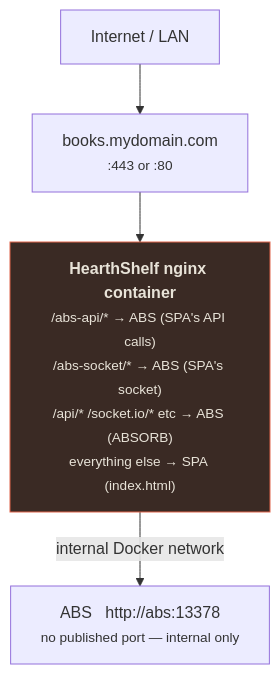
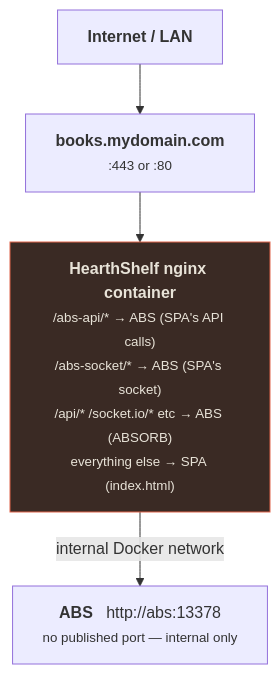
Before and after one commit to HearthShelf/HearthShelf-Docs: the diagram in docs/setup/reverse-proxy.md, drawn with Mermaid. The commit also changed 6 other files, not shown here.

First line of the commit message:
fixes: Diagram text no longer gets cut off inside boxes

````diff
--- a/docs/setup/reverse-proxy.md
+++ b/docs/setup/reverse-proxy.md
@@ -18,14 +18,14 @@
 ```mermaid
 flowchart TD
-    net["Internet / LAN"]
-    domain["books.mydomain.com<br/><span style='font-size:0.85em'>:443 or :80</span>"]
-    nginx["<b>HearthShelf nginx container</b><br/><span style='font-size:0.85em'>/abs-api/* &rarr; ABS (SPA's API calls)<br/>/abs-socket/* &rarr; ABS (SPA's socket)<br/>/api/* /socket.io/* etc &rarr; ABS (ABSORB)<br/>everything else &rarr; SPA (index.html)</span>"]
-    abs["ABS &nbsp; http://abs:13378<br/><span style='font-size:0.85em'>no published port &mdash; internal only</span>"]
+    net["<b>Internet / LAN</b>"]
+    domain["<b>books.mydomain.com</b><br/><small>:443 or :80</small>"]
+    nginx["<b>HearthShelf nginx container</b><br/><small>/abs-api/* &rarr; ABS (SPA's API calls)<br/>/abs-socket/* &rarr; ABS (SPA's socket)<br/>/api/* /socket.io/* etc &rarr; ABS (ABSORB)<br/>everything else &rarr; SPA (index.html)</small>"]
+    abs["<b>ABS</b> &nbsp; http://abs:13378<br/><small>no published port &mdash; internal only</small>"]
 
     net --> domain
     domain --> nginx
     nginx -->|"internal Docker network"| abs
 
     class nginx accent
     classDef accent fill:#3a2a24,stroke:#e0654a,color:#e8e3d8;
 ```
````
